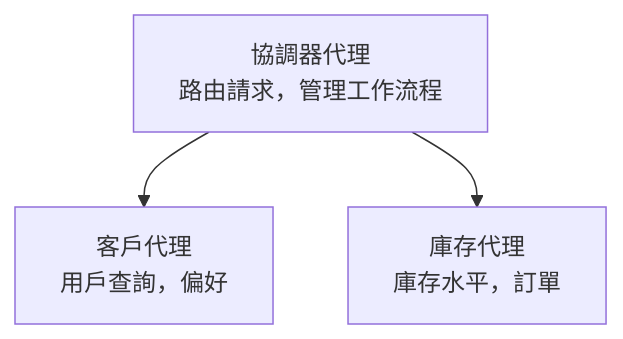
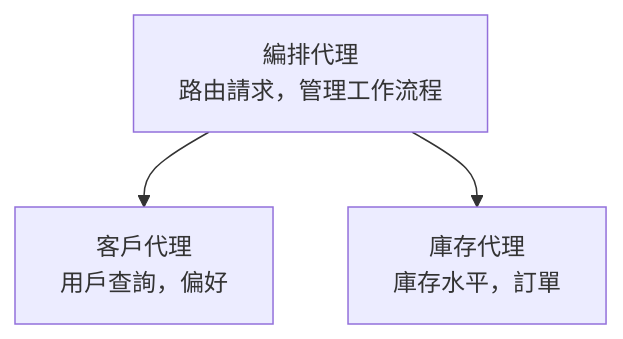
The diagram in translations/zh-HK/docs/chapter-05-multi-agent/README.md (microsoft/AZD-for-beginners), drawn with Mermaid before and after one commit. The commit also changed other lines of this file and 101 other files, not shown here.

````diff
--- a/translations/zh-HK/docs/chapter-05-multi-agent/README.md
+++ b/translations/zh-HK/docs/chapter-05-multi-agent/README.md
@@ -50,5 +52,5 @@
 ```mermaid
 graph TD
-    Orchestrator[協調器代理<br/>路由請求，管理工作流程] --> Customer[客戶代理<br/>用戶查詢，偏好]
+    Orchestrator[編排代理<br/>路由請求，管理工作流程] --> Customer[客戶代理<br/>用戶查詢，偏好]
     Orchestrator --> Inventory[庫存代理<br/>庫存水平，訂單]
 ```
````
